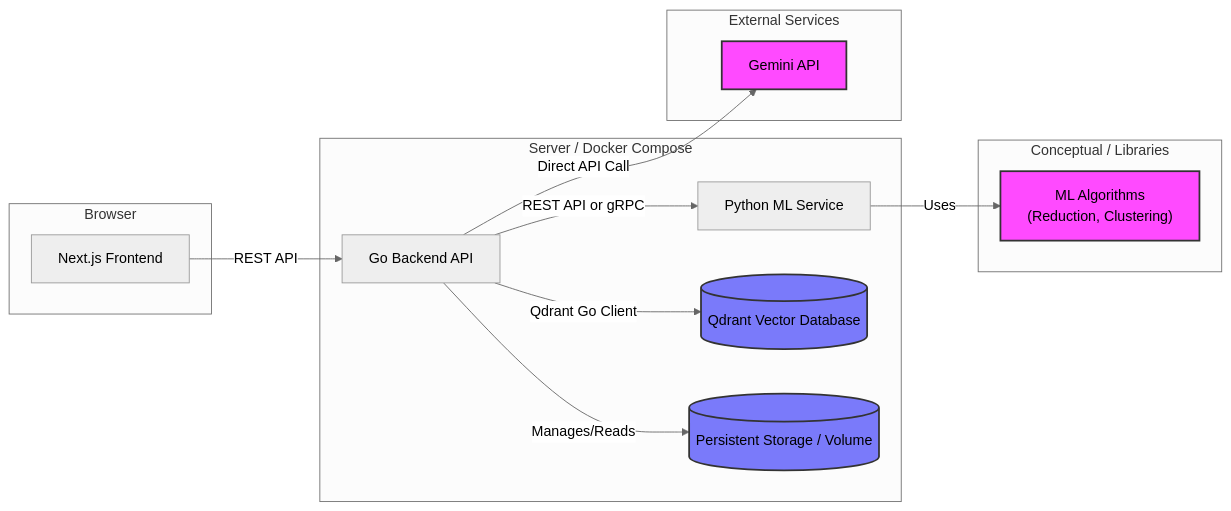
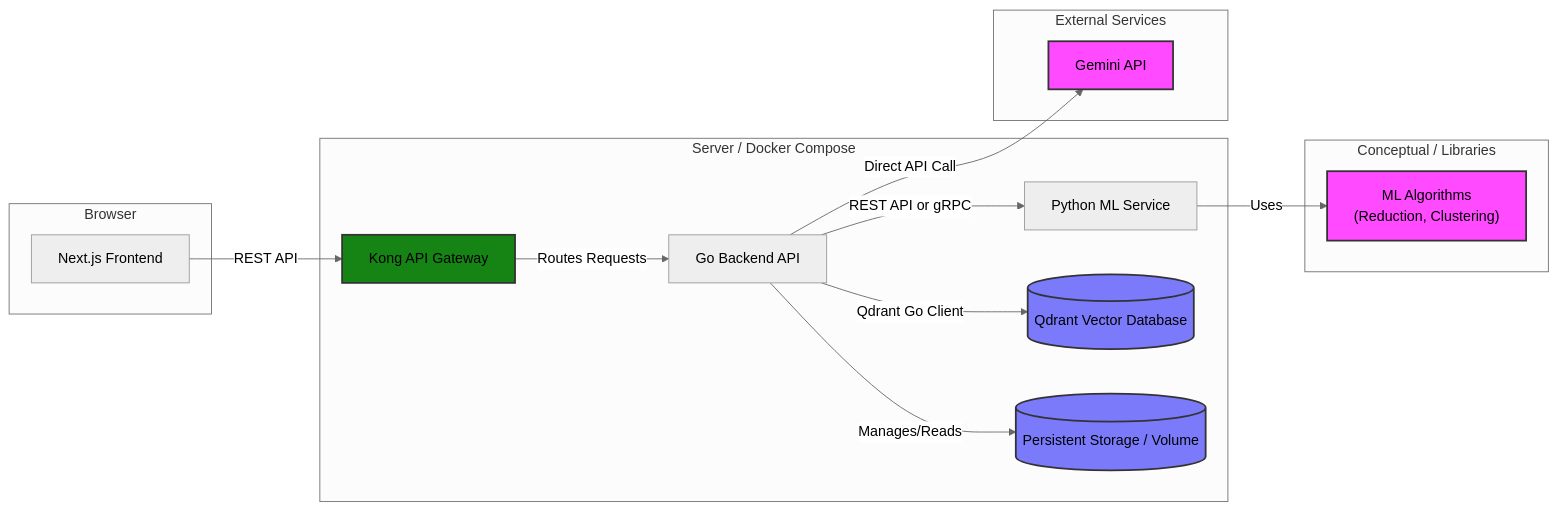
One commit to RanArino/demo changed the diagram in docs/sys_architecture.md. Above: the diagram before and after it, drawn with Mermaid (neutral theme). The commit also changed other lines of this file, not shown here.

Commit message:
docs(sys_architecture): enhance backend structure, adding API Gateway (Kong)

````diff
--- a/docs/sys_architecture.md
+++ b/docs/sys_architecture.md
@@ -12,33 +12,37 @@
 ```mermaid
 graph LR
     subgraph Browser
         Frontend[Next.js Frontend]
     end
 
     subgraph "Server / Docker Compose"
+        Kong[Kong API Gateway]
         Backend[Go Backend API]
         MLService[Python ML Service]
         VectorDB[(Qdrant Vector Database)]
         Storage[(Persistent Storage / Volume)]
     end
 
     subgraph "External Services"
         Gemini[Gemini API]
     end
 
     subgraph "Conceptual / Libraries"
         style MLAlgorithms fill:#ff4aff,stroke:#333,stroke-width:2px
         MLAlgorithms["ML Algorithms<br/>(Reduction, Clustering)"]
     end
 
-    Frontend -- REST API --> Backend
+    Frontend -- REST API --> Kong
+    Kong -- Routes Requests --> Backend
+
     Backend -- REST API or gRPC --> MLService
     Backend -- Qdrant Go Client --> VectorDB
     Backend -- Manages/Reads --> Storage
     Backend -- Direct API Call --> Gemini
     MLService -- Uses --> MLAlgorithms
 
+    style Kong fill:#158415,stroke:#333,stroke-width:2px
     style VectorDB fill:#7a7afa,stroke:#333,stroke-width:2px
     style Storage fill:#7a7afa,stroke:#333,stroke-width:2px
     style Gemini fill:#ff4aff,stroke:#333,stroke-width:2px
 ```
````
